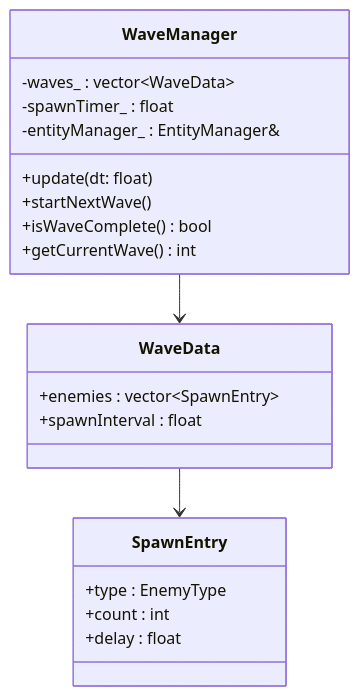
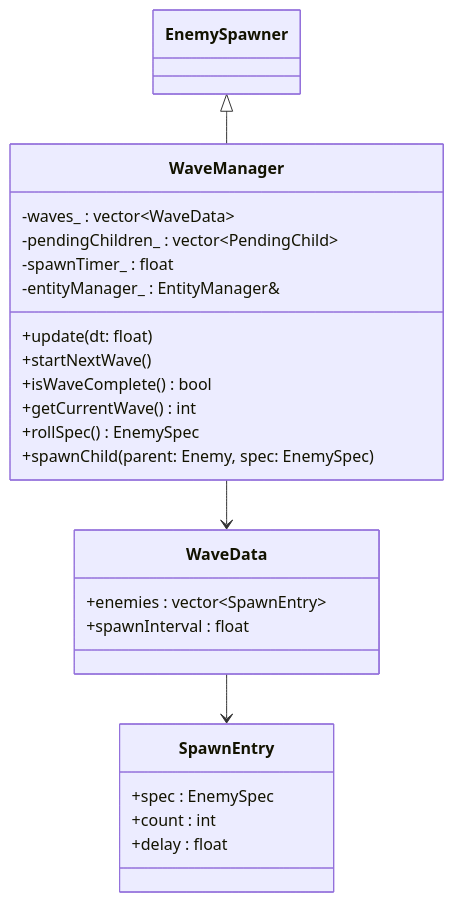
The eighth of 11 diagrams in docs/architecture.md (chuipagro/defender), drawn with Mermaid before and after one commit. The commit also changed other lines of this file and 93 other files, not shown here.

Commit message:
feat: add wave manage / enemy generation / sprites generation

````diff
--- a/docs/architecture.md
+++ b/docs/architecture.md
@@ -153,26 +309,30 @@
 ```mermaid
 classDiagram
     class WaveManager {
         +update(dt: float)
         +startNextWave()
         +isWaveComplete() bool
         +getCurrentWave() int
+        +rollSpec() EnemySpec
+        +spawnChild(parent: Enemy, spec: EnemySpec)
         -waves_ : vector~WaveData~
+        -pendingChildren_ : vector~PendingChild~
         -spawnTimer_ : float
         -entityManager_ : EntityManager&
     }
 
     class WaveData {
         +enemies : vector~SpawnEntry~
         +spawnInterval : float
     }
 
     class SpawnEntry {
-        +type : EnemyType
+        +spec : EnemySpec
         +count : int
         +delay : float
     }
 
     WaveManager --> WaveData
     WaveData --> SpawnEntry
+    EnemySpawner <|-- WaveManager
 ```
````
